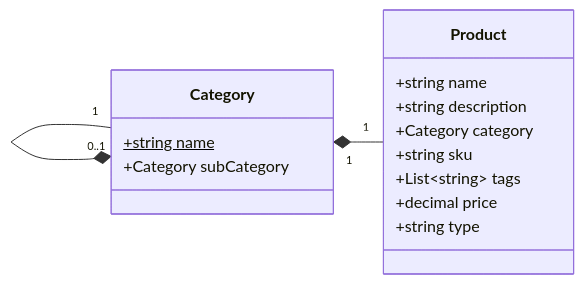
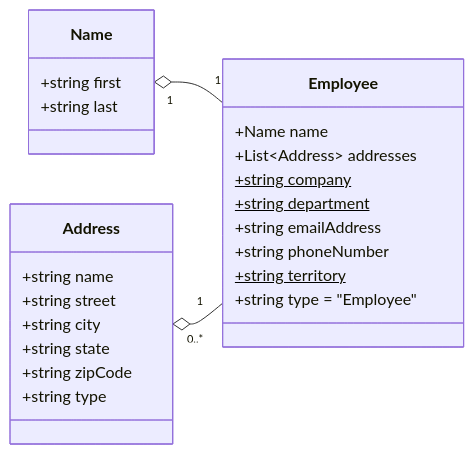
The second of 2 diagrams in src/models/readme.md (Azure-Samples/cosmicworks), drawn with Mermaid before and after one commit. The commit also changed 111 other files, not shown here.

````diff
--- a/src/models/readme.md
+++ b/src/models/readme.md
@@ -48,19 +36,28 @@
 ```mermaid
 classDiagram
     direction RL
-    Product "1" --* "1" Category
-    Category "1" --* "0..1" Category
-    class Product {
+    Employee "1" --o "1" Name
+    Employee "1" --o "0..*" Address
+    class Employee {
+        +Name name
+        +List~Address~ addresses
+        +string company$
+        +string department$
+        +string emailAddress
+        +string phoneNumber
+        +string territory$
+        +string type = "Employee"
+    }
+    class Name {
+        +string first
+        +string last
+    }
+    class Address {
         +string name
-        +string description
-        +Category category
-        +string sku
-        +List~string~ tags
-        +decimal price
+        +string street
+        +string city
+        +string state
+        +string zipCode
         +string type
     }
-    class Category {
-        +string name$
-        +Category subCategory
-    }
 ```
````
